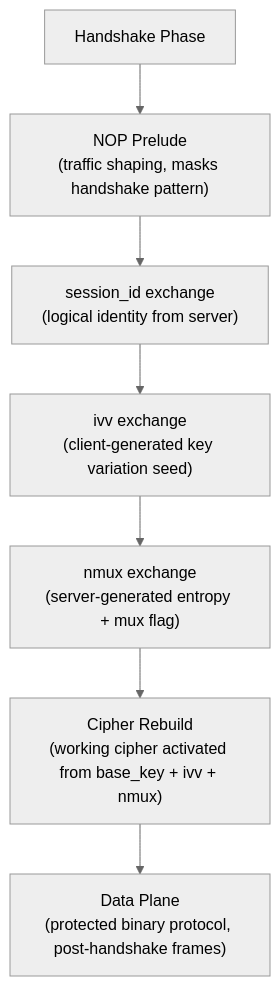
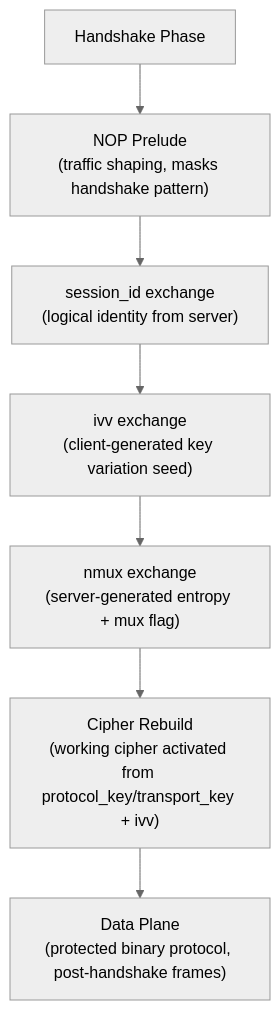
The first of 13 diagrams in docs/HANDSHAKE_SEQUENCE.md (HyacinthHaru/openppp2), drawn with Mermaid (neutral theme) before and after one commit. The commit also changed other lines of this file and 80 other files, not shown here.

````diff
--- a/docs/HANDSHAKE_SEQUENCE.md
+++ b/docs/HANDSHAKE_SEQUENCE.md
@@ -25,17 +25,17 @@
 ```mermaid
 graph TD
     Handshake["Handshake Phase"]
     NOPPrelude["NOP Prelude\n(traffic shaping, masks handshake pattern)"]
     SessionID["session_id exchange\n(logical identity from server)"]
     IVVExchange["ivv exchange\n(client-generated key variation seed)"]
     NmuxExchange["nmux exchange\n(server-generated entropy + mux flag)"]
-    CipherRebuild["Cipher Rebuild\n(working cipher activated from base_key + ivv + nmux)"]
+    CipherRebuild["Cipher Rebuild\n(working cipher activated from protocol_key/transport_key + ivv)"]
     DataPlane["Data Plane\n(protected binary protocol, post-handshake frames)"]
 
     Handshake --> NOPPrelude
     NOPPrelude --> SessionID
     SessionID --> IVVExchange
     IVVExchange --> NmuxExchange
     NmuxExchange --> CipherRebuild
     CipherRebuild --> DataPlane
 ```
````
